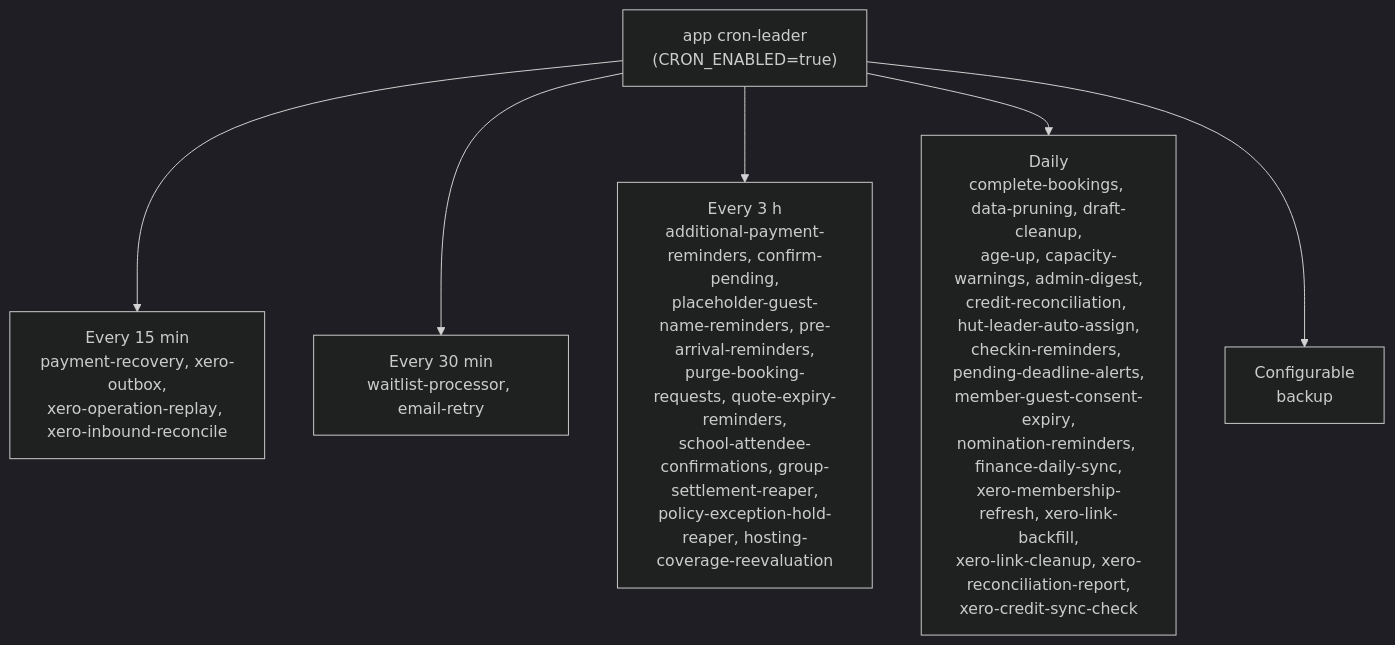
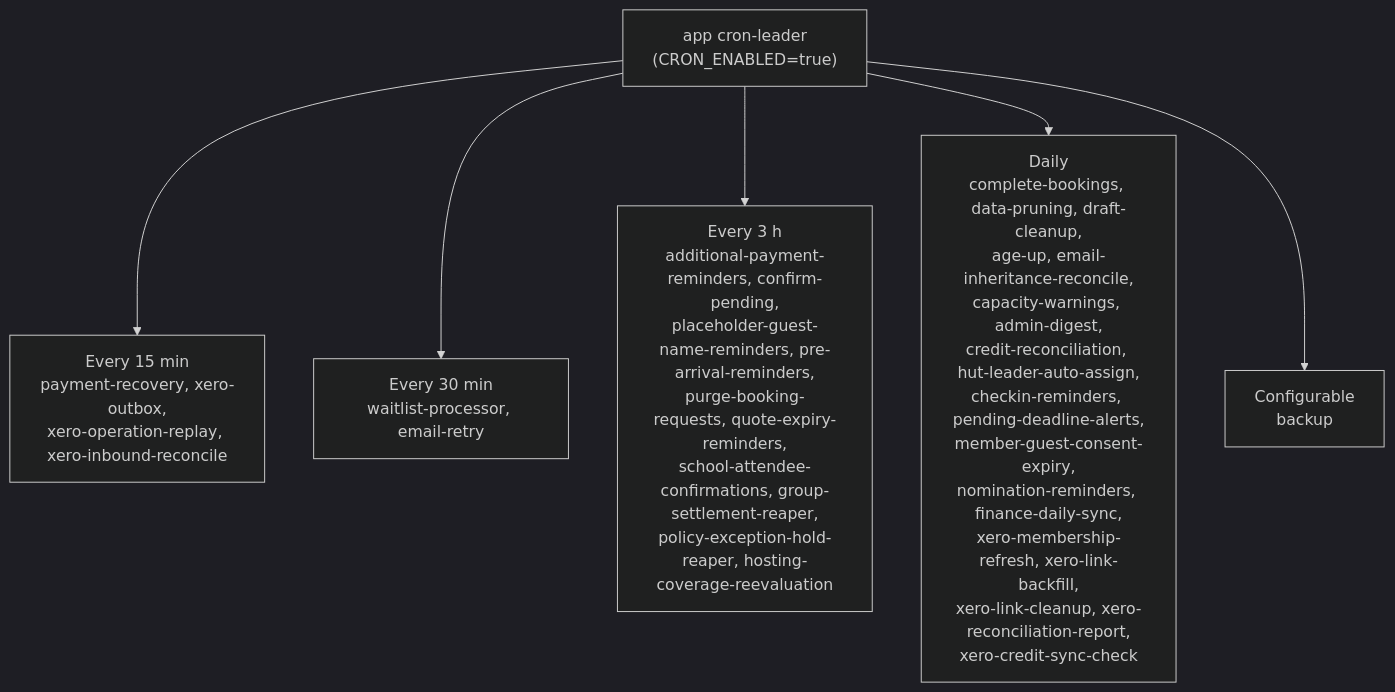
One commit to hoppers99/AlpineClubBookingsNZ changed the fifth of 5 diagrams in docs/ARCHITECTURE.md. Above: the diagram before and after it, drawn with Mermaid (dark theme). The commit also changed other lines of this file and 7 other files, not shown here.

````diff
--- a/docs/ARCHITECTURE.md
+++ b/docs/ARCHITECTURE.md
@@ -2815,9 +2815,9 @@
 ```mermaid
 flowchart TD
     Leader["app cron-leader<br/>(CRON_ENABLED=true)"]
     Leader --> Q15["Every 15 min<br/>payment-recovery, xero-outbox,<br/>xero-operation-replay, xero-inbound-reconcile"]
     Leader --> Q30["Every 30 min<br/>waitlist-processor, email-retry"]
     Leader --> Q3h["Every 3 h<br/>additional-payment-reminders, confirm-pending,<br/>placeholder-guest-name-reminders, pre-arrival-reminders,<br/>purge-booking-requests, quote-expiry-reminders,<br/>school-attendee-confirmations, group-settlement-reaper,<br/>policy-exception-hold-reaper, hosting-coverage-reevaluation"]
-    Leader --> Daily["Daily<br/>complete-bookings, data-pruning, draft-cleanup,<br/>age-up, capacity-warnings, admin-digest,<br/>credit-reconciliation, hut-leader-auto-assign,<br/>checkin-reminders, pending-deadline-alerts,<br/>member-guest-consent-expiry,<br/>nomination-reminders, finance-daily-sync,<br/>xero-membership-refresh, xero-link-backfill,<br/>xero-link-cleanup, xero-reconciliation-report,<br/>xero-credit-sync-check"]
+    Leader --> Daily["Daily<br/>complete-bookings, data-pruning, draft-cleanup,<br/>age-up, email-inheritance-reconcile,<br/>capacity-warnings, admin-digest,<br/>credit-reconciliation, hut-leader-auto-assign,<br/>checkin-reminders, pending-deadline-alerts,<br/>member-guest-consent-expiry,<br/>nomination-reminders, finance-daily-sync,<br/>xero-membership-refresh, xero-link-backfill,<br/>xero-link-cleanup, xero-reconciliation-report,<br/>xero-credit-sync-check"]
     Leader --> Cfg["Configurable<br/>backup"]
 ```
````
